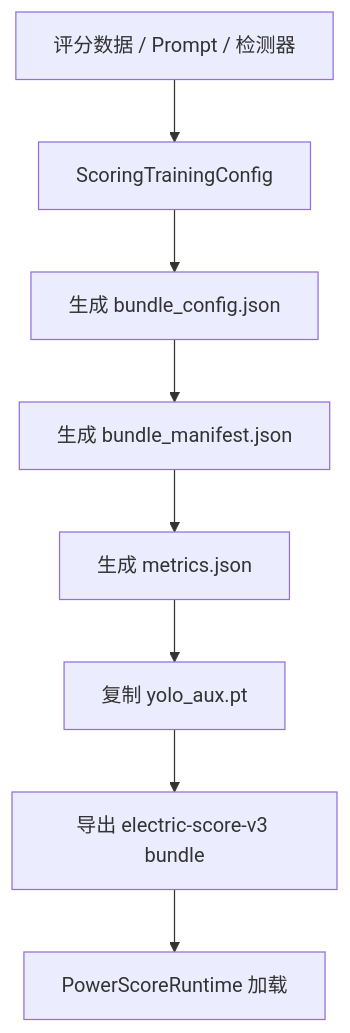
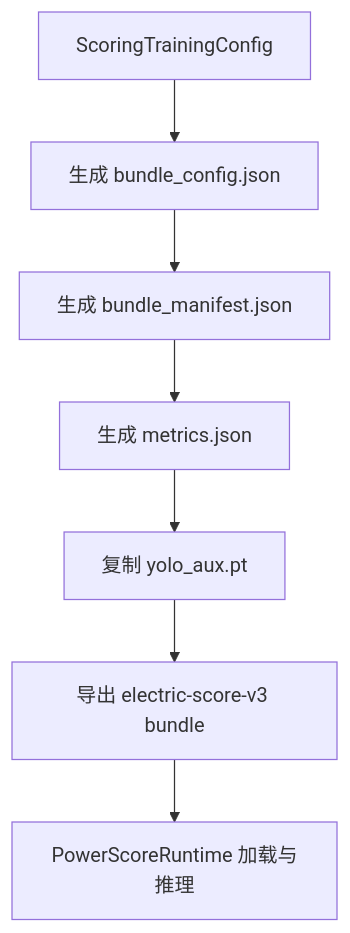
One commit to hrzt66/electric-ai-platform changed the eighth of 10 diagrams in docs/model-training-and-usage.md. Above: the diagram before and after it, drawn with Mermaid. The commit also changed other lines of this file, not shown here.

Commit message:
docs: expand training and usage guide

````diff
--- a/docs/model-training-and-usage.md
+++ b/docs/model-training-and-usage.md
@@ -306,10 +406,9 @@
 ```mermaid
 flowchart TD
-    A["评分数据 / Prompt / 检测器"] --> B["ScoringTrainingConfig"]
-    B --> C["生成 bundle_config.json"]
-    C --> D["生成 bundle_manifest.json"]
-    D --> E["生成 metrics.json"]
-    E --> F["复制 yolo_aux.pt"]
-    F --> G["导出 electric-score-v3 bundle"]
-    G --> H["PowerScoreRuntime 加载"]
+    A["ScoringTrainingConfig"] --> B["生成 bundle_config.json"]
+    B --> C["生成 bundle_manifest.json"]
+    C --> D["生成 metrics.json"]
+    D --> E["复制 yolo_aux.pt"]
+    E --> F["导出 electric-score-v3 bundle"]
+    F --> G["PowerScoreRuntime 加载与推理"]
 ```
````
